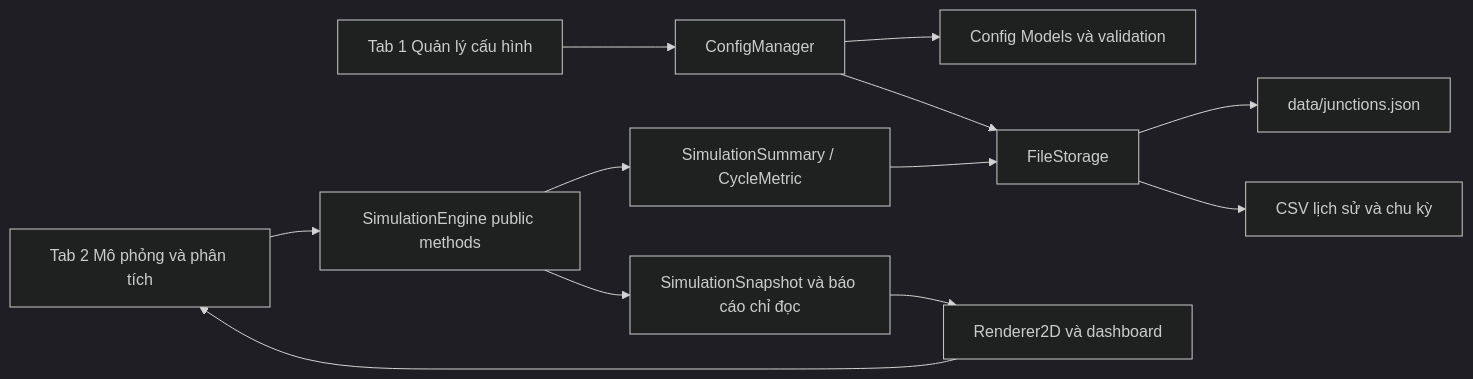
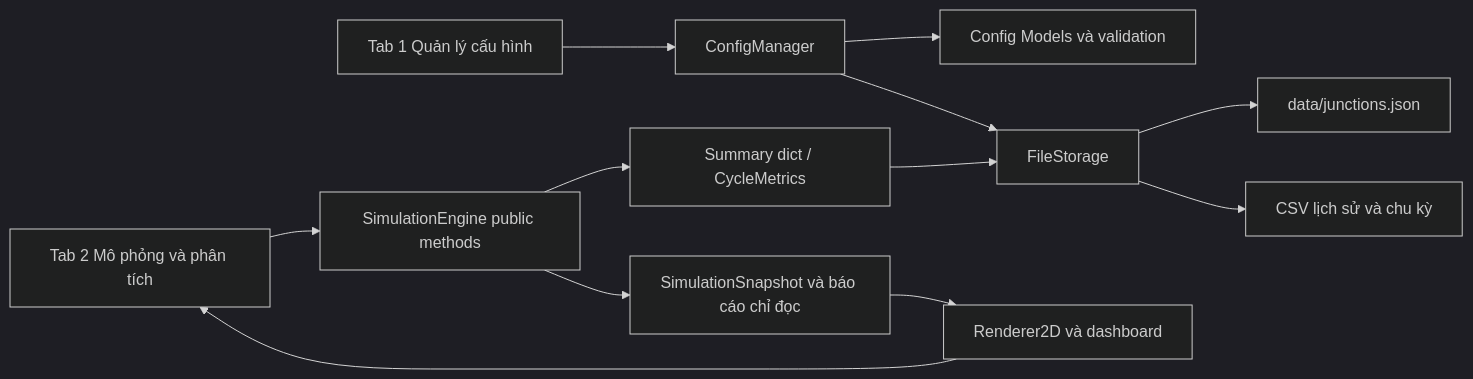
One commit to hmngoc476/SmartTrafficLight changed the diagram in docs/ui_storage_contracts.md. Above: the diagram before and after it, drawn with Mermaid (dark theme). The commit also changed other lines of this file and 7 other files, not shown here.

````diff
--- a/docs/ui_storage_contracts.md
+++ b/docs/ui_storage_contracts.md
@@ -30,14 +30,14 @@
 ```mermaid
 flowchart LR
     T1[Tab 1 Quản lý cấu hình] --> M[ConfigManager]
     M --> C[Config Models và validation]
     M --> F[FileStorage]
     F --> J[data/junctions.json]
     T2[Tab 2 Mô phỏng và phân tích] --> E[SimulationEngine public methods]
     E --> S[SimulationSnapshot và báo cáo chỉ đọc]
     S --> R[Renderer2D và dashboard]
     R --> T2
-    E --> Q[SimulationSummary / CycleMetric]
+    E --> Q[Summary dict / CycleMetrics]
     Q --> F
     F --> V[CSV lịch sử và chu kỳ]
 ```
````
